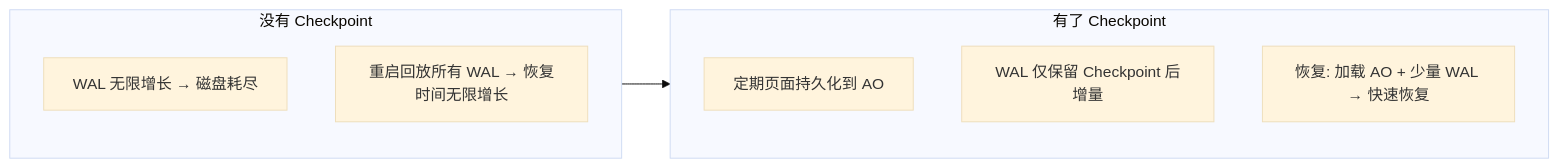
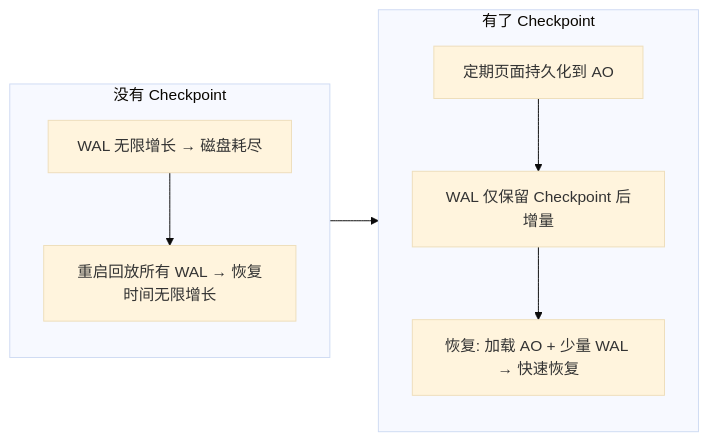
One commit to jzhang405/NexKV changed diagram 26 of 39 in docs/07_spike/btree-refactor/2026-05-23-persistence-architecture-comprehensive-guide.md. Above: the diagram before and after it, drawn with Mermaid (base theme). The commit also changed other lines of this file, not shown here.

````diff
--- a/docs/07_spike/btree-refactor/2026-05-23-persistence-architecture-comprehensive-guide.md
+++ b/docs/07_spike/btree-refactor/2026-05-23-persistence-architecture-comprehensive-guide.md
@@ -758,15 +757,17 @@
 ```mermaid
 flowchart LR
     subgraph Without["没有 Checkpoint"]
         W1["WAL 无限增长 → 磁盘耗尽"]
         W2["重启回放所有 WAL → 恢复时间无限增长"]
+        W1 --> W2
     end
     
     subgraph With["有了 Checkpoint"]
         C1["定期页面持久化到 AO"]
         C2["WAL 仅保留 Checkpoint 后增量"]
         C3["恢复: 加载 AO + 少量 WAL → 快速恢复"]
+        C1 --> C2 --> C3
     end
     
     Without --> With
 ```
````
